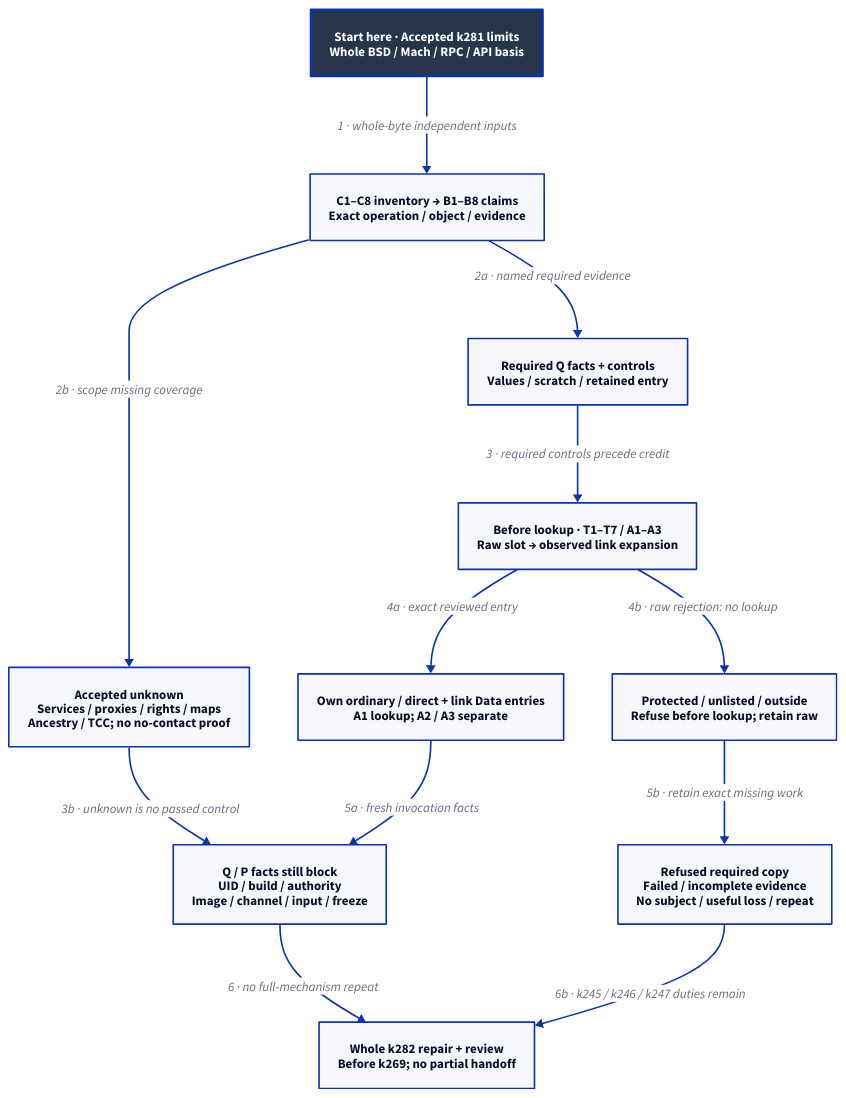
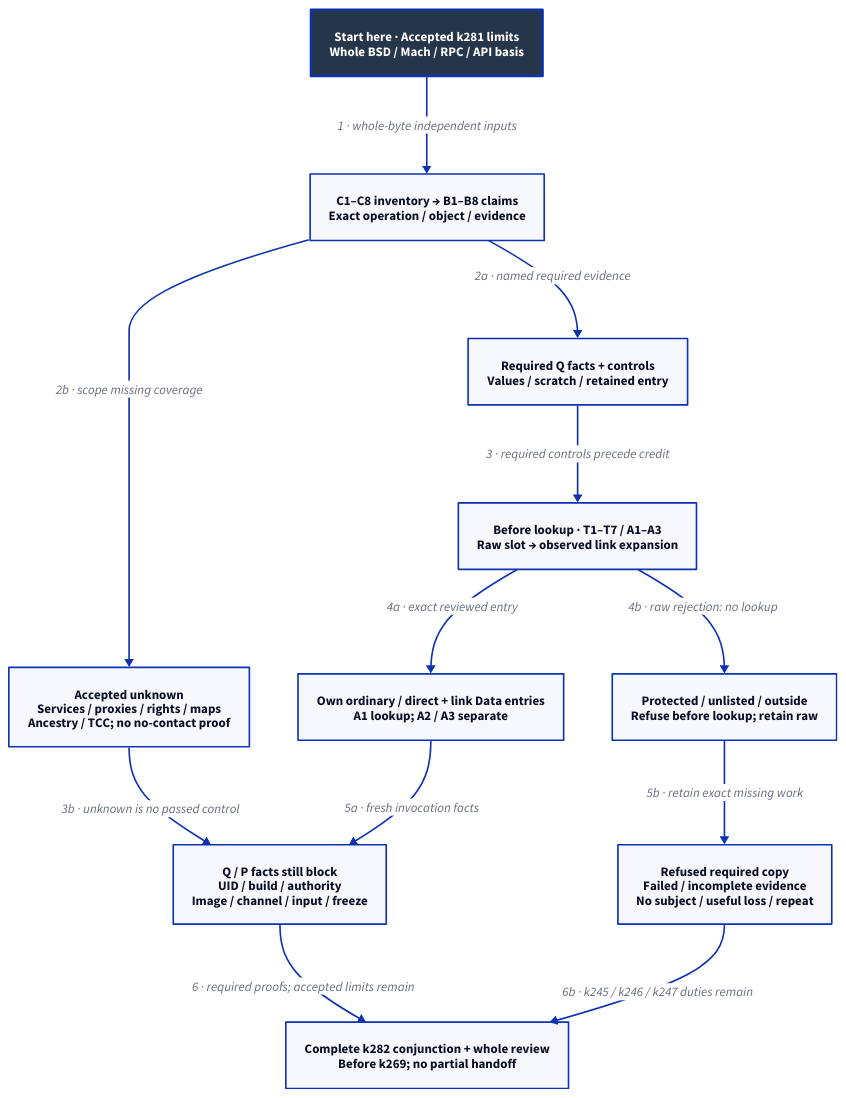
One commit to Linkuistics/Koine changed the diagram in docs/design/architecture/native-reference-contact.d2. Above: the diagram before and after it, drawn with D2. The commit also changed 51 other files, not shown here.

```diff
--- a/docs/design/architecture/native-reference-contact.d2
+++ b/docs/design/architecture/native-reference-contact.d2
@@ -1,26 +1,26 @@
 # Selected bounded contact/pre-lookup design; no control or target evidence supplied.
 direction: down
 classes: {
   start: {style: {fill: "#25364B"; font-color: "#FFFFFF"; bold: true; stroke-width: 3}}
 }
 Start: "Start here · Accepted k281 limits\nWhole BSD / Mach / RPC / API basis" {class: start}
 Claims: "C1–C8 inventory → B1–B8 claims\nExact operation / object / evidence"
 Controls: "Required Q facts + controls\nValues / scratch / retained entry"
 Unknown: "Accepted unknown\nServices / proxies / rights / maps\nAncestry / TCC; no no-contact proof"
 Policy: "Before lookup · T1–T7 / A1–A3\nRaw slot → observed link expansion"
 Allowed: "Own ordinary / direct + link Data entries\nA1 lookup; A2 / A3 separate"
 Refuse: "Protected / unlisted / outside\nRefuse before lookup; retain raw"
 Gate: "Q / P facts still block\nUID / build / authority\nImage / channel / input / freeze"
 Failed: "Refused required copy\nFailed / incomplete evidence\nNo subject / useful loss / repeat"
-Whole: "Whole k282 repair + review\nBefore k269; no partial handoff"
+Whole: "Complete k282 conjunction + whole review\nBefore k269; no partial handoff"
 Start -> Claims: "1 · whole-byte independent inputs"
 Claims -> Controls: "2a · named required evidence"
 Claims -> Unknown: "2b · scope missing coverage"
 Controls -> Policy: "3 · required controls precede credit"
 Unknown -> Gate: "3b · unknown is no passed control"
 Policy -> Allowed: "4a · exact reviewed entry"
 Policy -> Refuse: "4b · raw rejection: no lookup"
 Allowed -> Gate: "5a · fresh invocation facts"
 Refuse -> Failed: "5b · retain exact missing work"
-Gate -> Whole: "6 · no full-mechanism repeat"
+Gate -> Whole: "6 · required proofs; accepted limits remain"
 Failed -> Whole: "6b · k245 / k246 / k247 duties remain"
```
